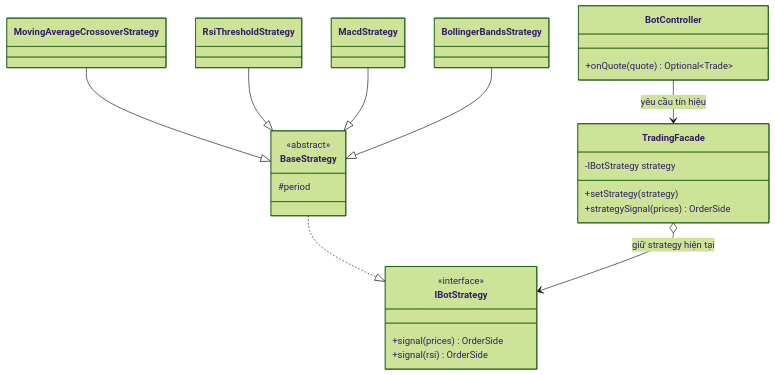
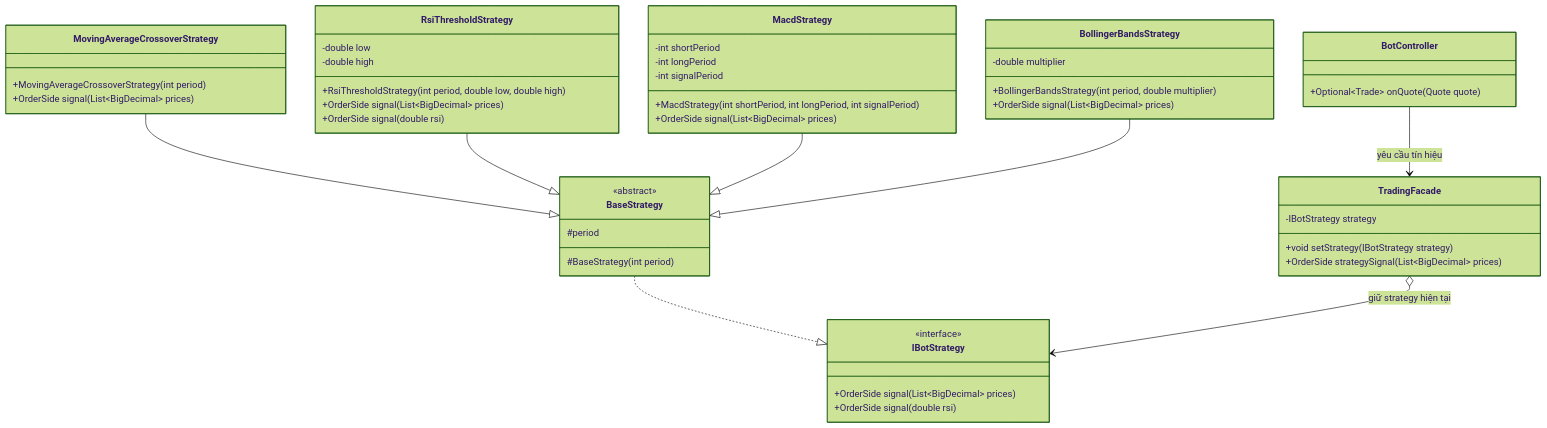
The fifth of 5 diagrams in docs/DESIGN_PATTERNS_PRESENTATION.md (Minh2312688/GiaoDichChungKhoan), drawn with Mermaid (forest theme) before and after one commit. The commit also changed other lines of this file, not shown here.

````diff
--- a/docs/DESIGN_PATTERNS_PRESENTATION.md
+++ b/docs/DESIGN_PATTERNS_PRESENTATION.md
@@ -333,31 +358,51 @@
 ```mermaid
 classDiagram
     class IBotStrategy {
         <<interface>>
-        +signal(prices) OrderSide
-        +signal(rsi) OrderSide
+        +OrderSide signal(List~BigDecimal~ prices)
+        +OrderSide signal(double rsi)
     }
     class BaseStrategy {
         <<abstract>>
         #period
+        #BaseStrategy(int period)
     }
-    class MovingAverageCrossoverStrategy
-    class RsiThresholdStrategy
-    class MacdStrategy
-    class BollingerBandsStrategy
+    class MovingAverageCrossoverStrategy {
+        +MovingAverageCrossoverStrategy(int period)
+        +OrderSide signal(List~BigDecimal~ prices)
+    }
+    class RsiThresholdStrategy {
+        -double low
+        -double high
+        +RsiThresholdStrategy(int period, double low, double high)
+        +OrderSide signal(List~BigDecimal~ prices)
+        +OrderSide signal(double rsi)
+    }
+    class MacdStrategy {
+        -int shortPeriod
+        -int longPeriod
+        -int signalPeriod
+        +MacdStrategy(int shortPeriod, int longPeriod, int signalPeriod)
+        +OrderSide signal(List~BigDecimal~ prices)
+    }
+    class BollingerBandsStrategy {
+        -double multiplier
+        +BollingerBandsStrategy(int period, double multiplier)
+        +OrderSide signal(List~BigDecimal~ prices)
+    }
     class TradingFacade {
         -IBotStrategy strategy
-        +setStrategy(strategy)
-        +strategySignal(prices) OrderSide
+        +void setStrategy(IBotStrategy strategy)
+        +OrderSide strategySignal(List~BigDecimal~ prices)
     }
     class BotController {
-        +onQuote(quote) Optional~Trade~
+        +Optional~Trade~ onQuote(Quote quote)
     }
     BaseStrategy ..|> IBotStrategy
     MovingAverageCrossoverStrategy --|> BaseStrategy
     RsiThresholdStrategy --|> BaseStrategy
     MacdStrategy --|> BaseStrategy
     BollingerBandsStrategy --|> BaseStrategy
     TradingFacade o--> IBotStrategy : giữ strategy hiện tại
     BotController --> TradingFacade : yêu cầu tín hiệu
 ```
````
